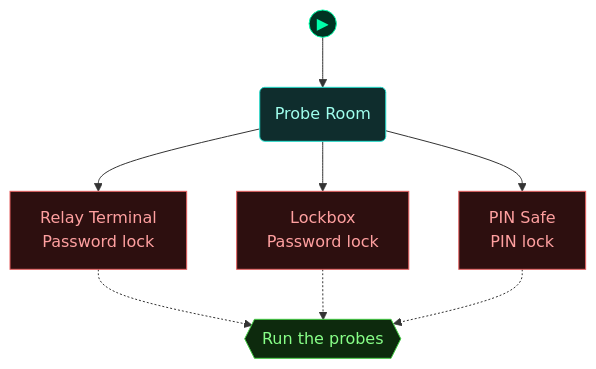
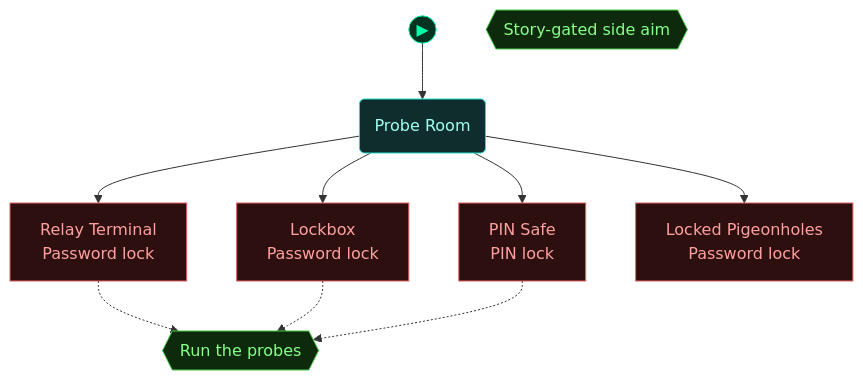
One commit to cliffe/BreakEscape changed the third of 5 diagrams in scenarios/test-tesseract-probes/dungeon_graph.md. Above: the diagram before and after it, drawn with Mermaid. The commit also changed other lines of this file and 66 other files, not shown here.

First line of the commit message:
feat: update dungeon graphs for test_social_slice and add test_unlock_silence scenario

````diff
--- a/scenarios/test-tesseract-probes/dungeon_graph.md
+++ b/scenarios/test-tesseract-probes/dungeon_graph.md
@@ -118,39 +121,42 @@
 ```mermaid
 flowchart TD
 
   classDef room      fill:#0f2d2d,stroke:#22ddcc,color:#a0ffee
   classDef lock      fill:#2d0f0f,stroke:#e66060,color:#ffa0a0
   classDef key       fill:#2d0812,stroke:#e66060,color:#ffa0a0
   classDef item      fill:#2d1200,stroke:#e89030,color:#ffcc80
   classDef gate      fill:#111,stroke:#666,color:#eee
   classDef vm        fill:#0c1f40,stroke:#4a90d9,color:#a0c8ff
   classDef flag      fill:#1a0c2d,stroke:#9060d0,color:#cc99ff
   classDef action    fill:#1a1200,stroke:#cc9922,color:#ffee88
   classDef aim       fill:#0d2a0d,stroke:#44cc44,color:#88ff88
   classDef aim_gate  fill:#111111,stroke:#44cc44,color:#44cc44
   classDef container fill:#1a2d1a,stroke:#60b060,color:#a0e0a0
   classDef npc       fill:#2d1f0d,stroke:#d0a050,color:#ffe0a0
   classDef critical  fill:#2a1500,stroke:#ffaa00,color:#ffdd88
   classDef start     fill:#003322,stroke:#00ffaa,color:#00ffaa
 
   node_start(("▶"))
   node_start --> probe_room
 
   lock_lockbox["Lockbox<br/>Password lock"]
   lock_relay_pc["Relay Terminal<br/>Password lock"]
   lock_pin_safe["PIN Safe<br/>PIN lock"]
+  lock_pigeonholes_locked["Locked Pigeonholes<br/>Password lock"]
   probe_room("Probe Room")
   aim_probe_aim{{"Run the probes"}}
+  aim_side_aim{{"Story-gated side aim"}}
 
   probe_room --> lock_lockbox
   probe_room --> lock_relay_pc
   probe_room --> lock_pin_safe
+  probe_room --> lock_pigeonholes_locked
   lock_relay_pc -.-> aim_probe_aim
   lock_lockbox -.-> aim_probe_aim
   lock_pin_safe -.-> aim_probe_aim
 
-  class lock_lockbox,lock_relay_pc,lock_pin_safe lock
+  class lock_lockbox,lock_relay_pc,lock_pin_safe,lock_pigeonholes_locked lock
   class probe_room room
-  class aim_probe_aim aim
+  class aim_probe_aim,aim_side_aim aim
   class node_start start
 ```
````
